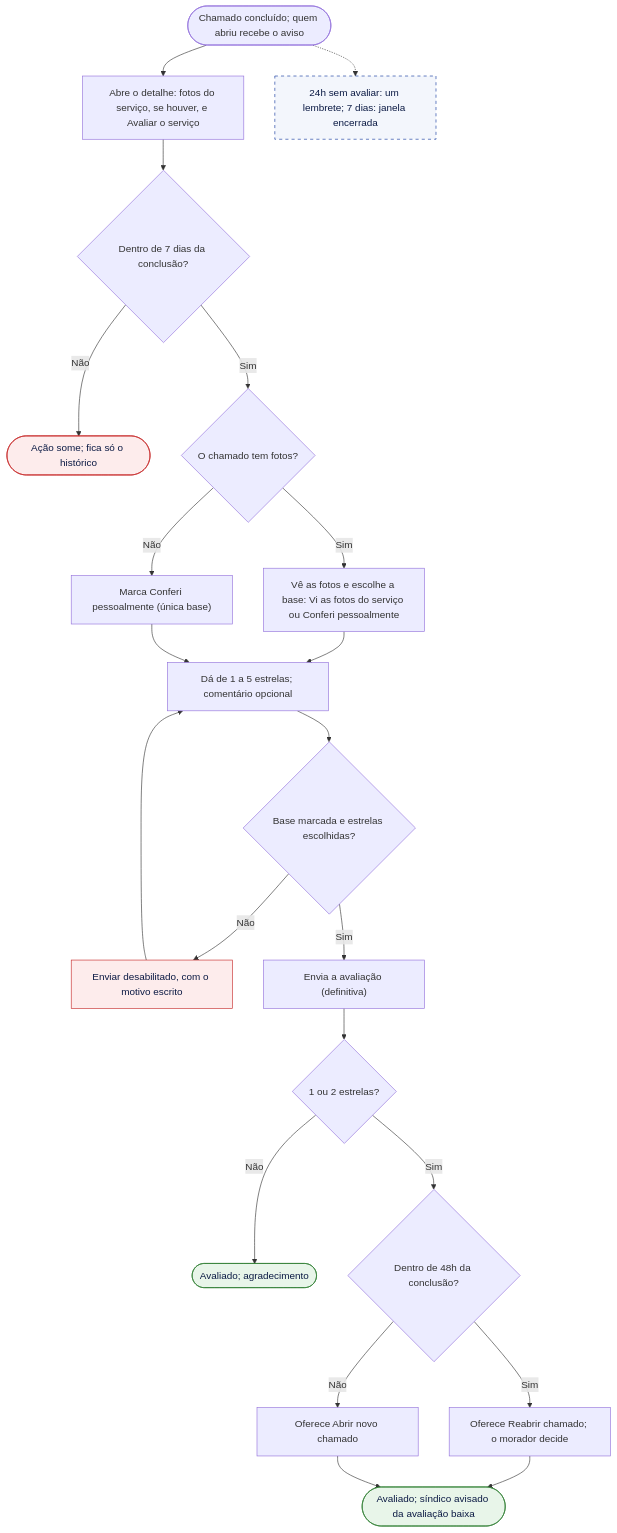
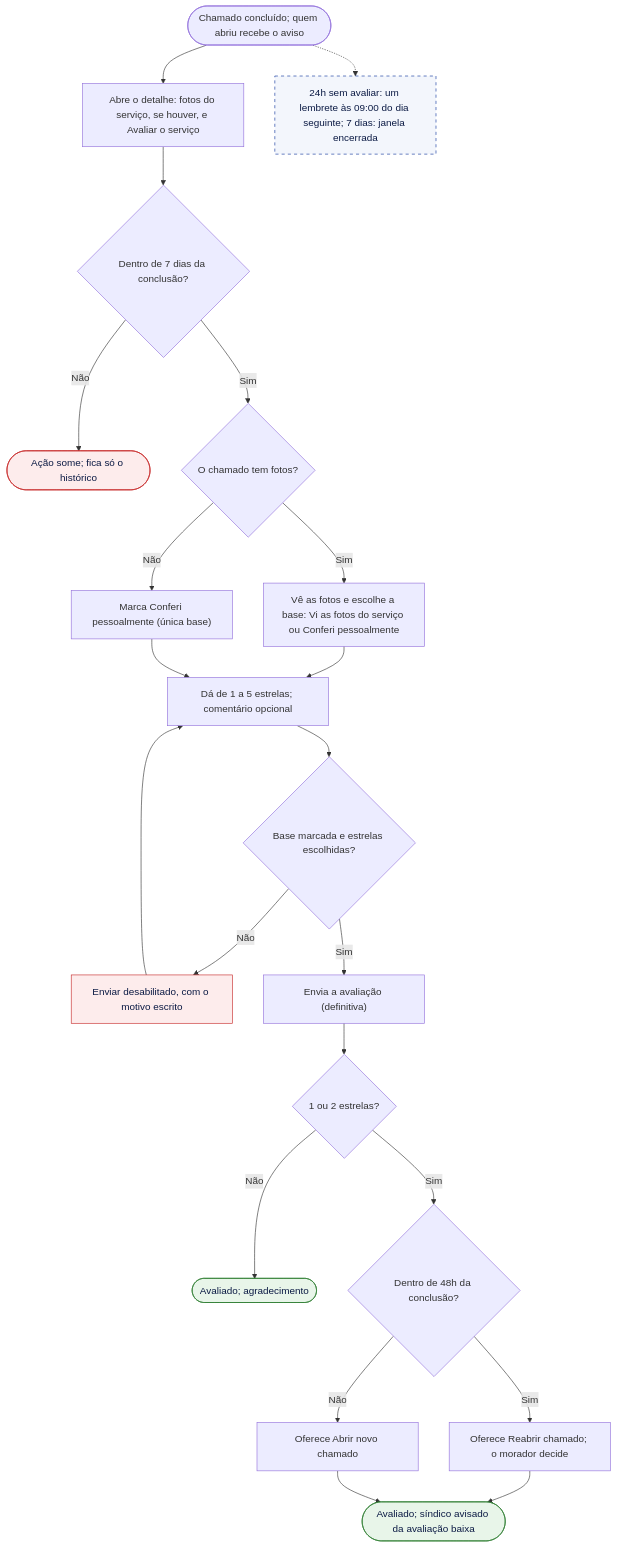
Diagram 19 of 31 in docs/02-design/02-user-flows.md (pedrolems/CondomiFacil), drawn with Mermaid before and after one commit. The commit also changed other lines of this file and 19 other files, not shown here.

````diff
--- a/docs/02-design/02-user-flows.md
+++ b/docs/02-design/02-user-flows.md
@@ -839,30 +848,30 @@
 ```mermaid
 flowchart TD
     A(["Chamado concluído; quem abriu recebe o aviso"]) --> B["Abre o detalhe: fotos do serviço, se houver, e Avaliar o serviço"]
     B --> J{"Dentro de 7 dias da conclusão?"}
     J -->|"Não"| E0(["Ação some; fica só o histórico"])
     J -->|"Sim"| C{"O chamado tem fotos?"}
     C -->|"Sim"| D["Vê as fotos e escolhe a base: Vi as fotos do serviço ou Conferi pessoalmente"]
     C -->|"Não"| D2["Marca Conferi pessoalmente (única base)"]
     D --> F["Dá de 1 a 5 estrelas; comentário opcional"]
     D2 --> F
     F --> G{"Base marcada e estrelas escolhidas?"}
     G -->|"Não"| E1["Enviar desabilitado, com o motivo escrito"]
     E1 --> F
     G -->|"Sim"| H["Envia a avaliação (definitiva)"]
     H --> I{"1 ou 2 estrelas?"}
     I -->|"Não"| Z1(["Avaliado; agradecimento"])
     I -->|"Sim"| K{"Dentro de 48h da conclusão?"}
     K -->|"Sim"| L["Oferece Reabrir chamado; o morador decide"]
     K -->|"Não"| M["Oferece Abrir novo chamado"]
     L --> Z2(["Avaliado; síndico avisado da avaliação baixa"])
     M --> Z2
-    S1["24h sem avaliar: um lembrete; 7 dias: janela encerrada"]
+    S1["24h sem avaliar: um lembrete às 09:00 do dia seguinte; 7 dias: janela encerrada"]
     A -.-> S1
     classDef ok fill:#E8F5E9,stroke:#2E7D32,color:#0B1A44
     classDef erro fill:#FDECEC,stroke:#C62828,color:#0B1A44
     classDef sis fill:#F3F6FC,stroke:#0E359D,stroke-dasharray:5 5,color:#0B1A44
     class Z1,Z2 ok
     class E1,E0 erro
     class S1 sis
 ```
````
